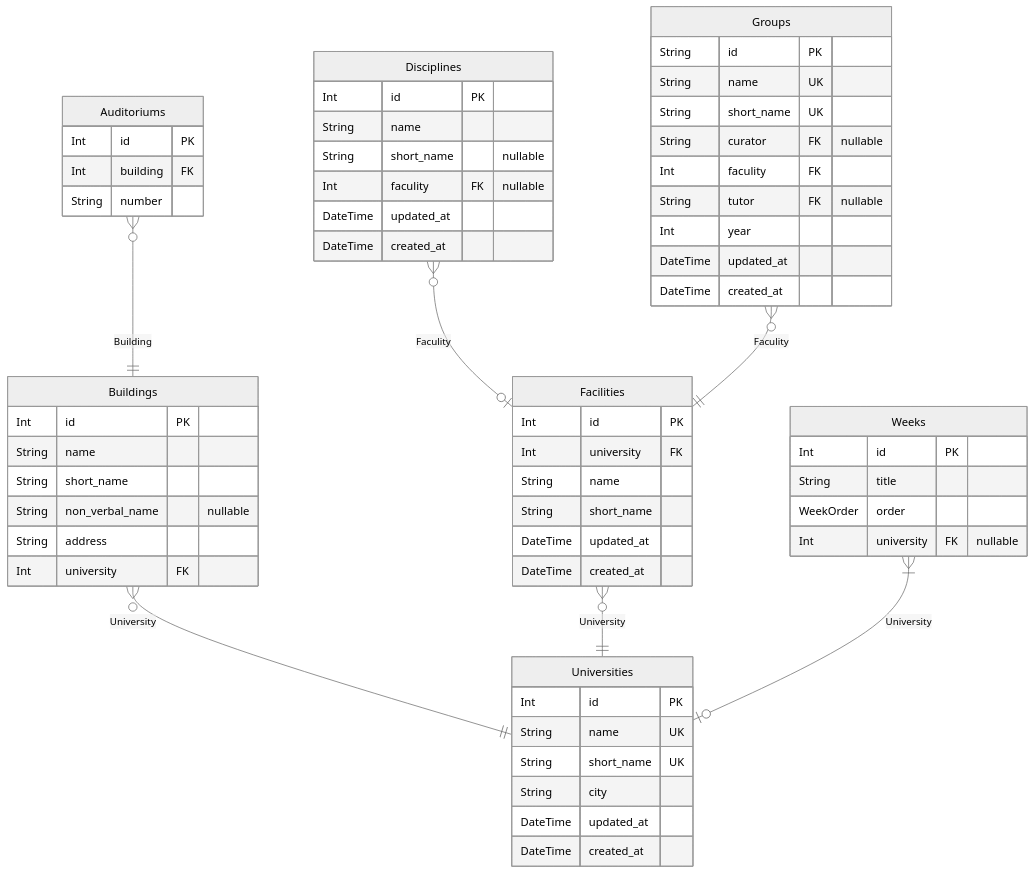
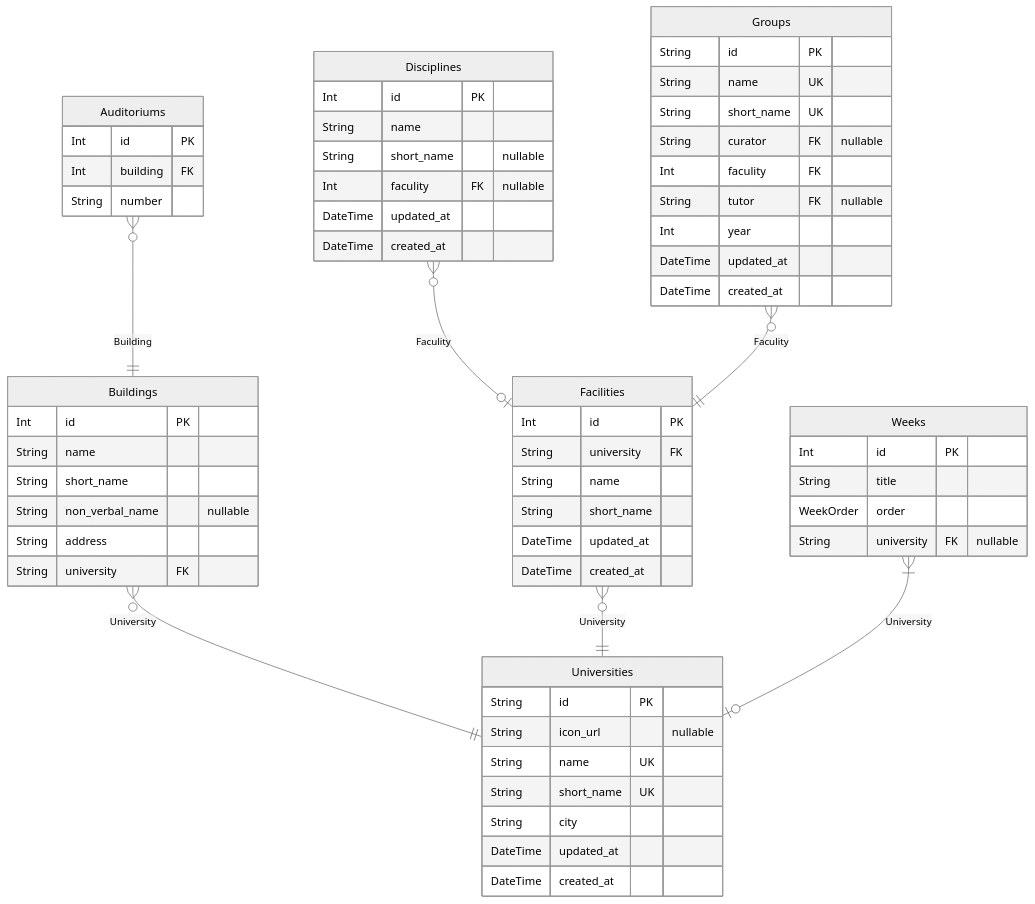
One commit to NeatDeveloper/Thodle changed the second of 4 diagrams in packages/db/prisma/ThodleDatabase.md. Above: the diagram before and after it, drawn with Mermaid (neutral theme). The commit also changed other lines of this file and 74 other files, not shown here.

````diff
--- a/packages/db/prisma/ThodleDatabase.md
+++ b/packages/db/prisma/ThodleDatabase.md
@@ -161,63 +161,64 @@
 ```mermaid
 erDiagram
 "Auditoriums" {
   Int id PK
   Int building FK
   String number
 }
 "Buildings" {
   Int id PK
   String name
   String short_name
   String non_verbal_name "nullable"
   String address
-  Int university FK
+  String university FK
 }
 "Disciplines" {
   Int id PK
   String name
   String short_name "nullable"
   Int faculity FK "nullable"
   DateTime updated_at
   DateTime created_at
 }
 "Facilities" {
   Int id PK
-  Int university FK
+  String university FK
   String name
   String short_name
   DateTime updated_at
   DateTime created_at
 }
 "Groups" {
   String id PK
   String name UK
   String short_name UK
   String curator FK "nullable"
   Int faculity FK
   String tutor FK "nullable"
   Int year
   DateTime updated_at
   DateTime created_at
 }
 "Universities" {
-  Int id PK
+  String id PK
+  String icon_url "nullable"
   String name UK
   String short_name UK
   String city
   DateTime updated_at
   DateTime created_at
 }
 "Weeks" {
   Int id PK
   String title
   WeekOrder order
-  Int university FK "nullable"
+  String university FK "nullable"
 }
 "Auditoriums" }o--|| "Buildings" : Building
 "Buildings" }o--|| "Universities" : University
 "Disciplines" }o--o| "Facilities" : Faculity
 "Facilities" }o--|| "Universities" : University
 "Groups" }o--|| "Facilities" : Faculity
 "Weeks" }|--o| "Universities" : University
 ```
````
